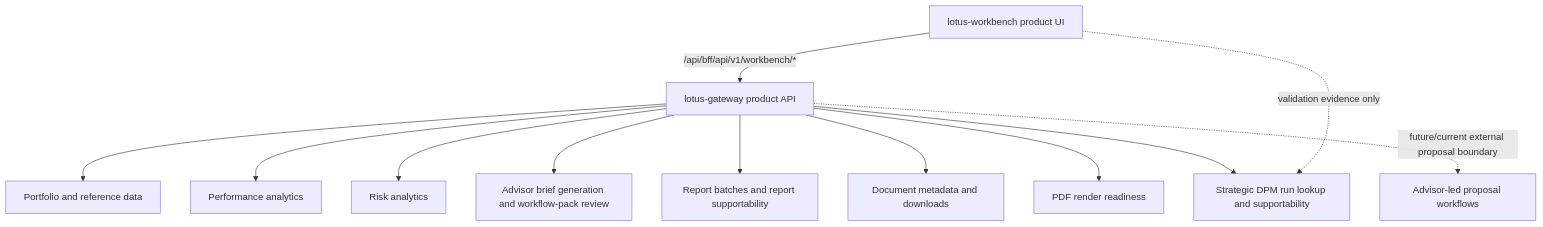
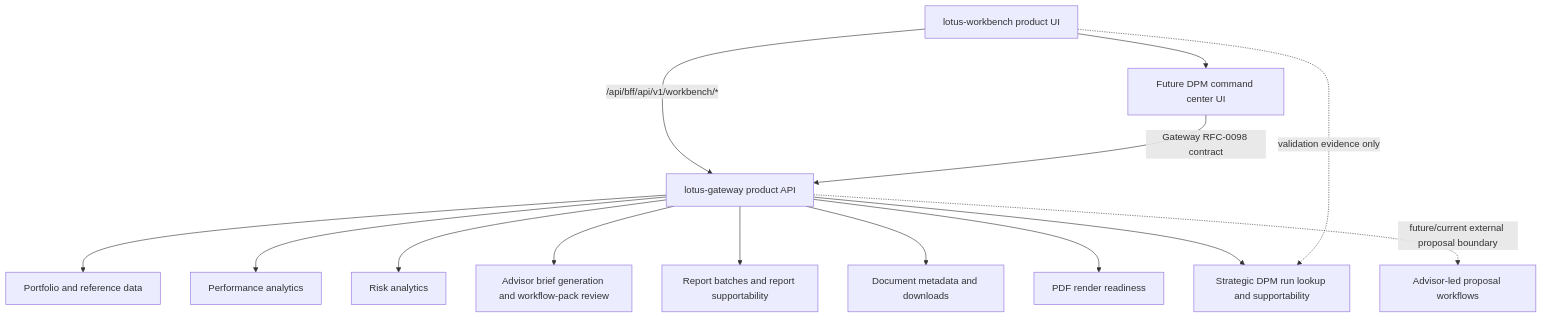
Before and after one commit to sgajbi/advisor-workbench: the diagram in wiki/Integrations.md, drawn with Mermaid. The commit also changed other lines of this file and 4 other files, not shown here.

Commit message:
docs: define dpm command center workbench experience

````diff
--- a/wiki/Integrations.md
+++ b/wiki/Integrations.md
@@ -68,26 +71,29 @@
 ```mermaid
 flowchart TB
   Workbench[lotus-workbench product UI]
   Gateway[lotus-gateway product API]
   Core[Portfolio and reference data]
   Performance[Performance analytics]
   Risk[Risk analytics]
   AI[Advisor brief generation and workflow-pack review]
   Report[Report batches and report supportability]
   Archive[Document metadata and downloads]
   Render[PDF render readiness]
   Manage[Strategic DPM run lookup and supportability]
   Advise[Advisor-led proposal workflows]
+  DpmCenter[Future DPM command center UI]
 
   Workbench -->|/api/bff/api/v1/workbench/*| Gateway
+  Workbench --> DpmCenter
+  DpmCenter -->|Gateway RFC-0098 contract| Gateway
   Gateway --> Core
   Gateway --> Performance
   Gateway --> Risk
   Gateway --> AI
   Gateway --> Report
   Gateway --> Archive
   Gateway --> Render
   Gateway --> Manage
   Gateway -. future/current external proposal boundary .-> Advise
   Workbench -. validation evidence only .-> Manage
 ```
````
